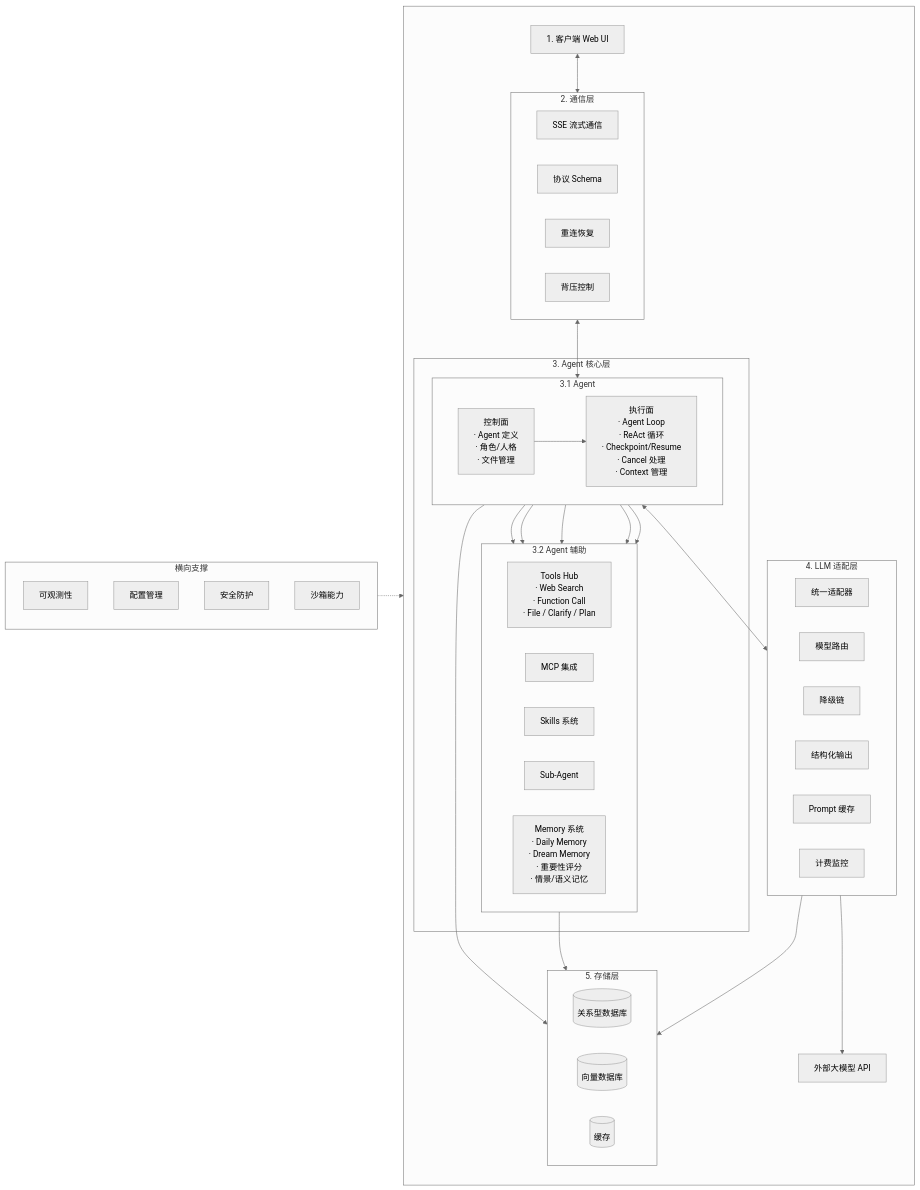
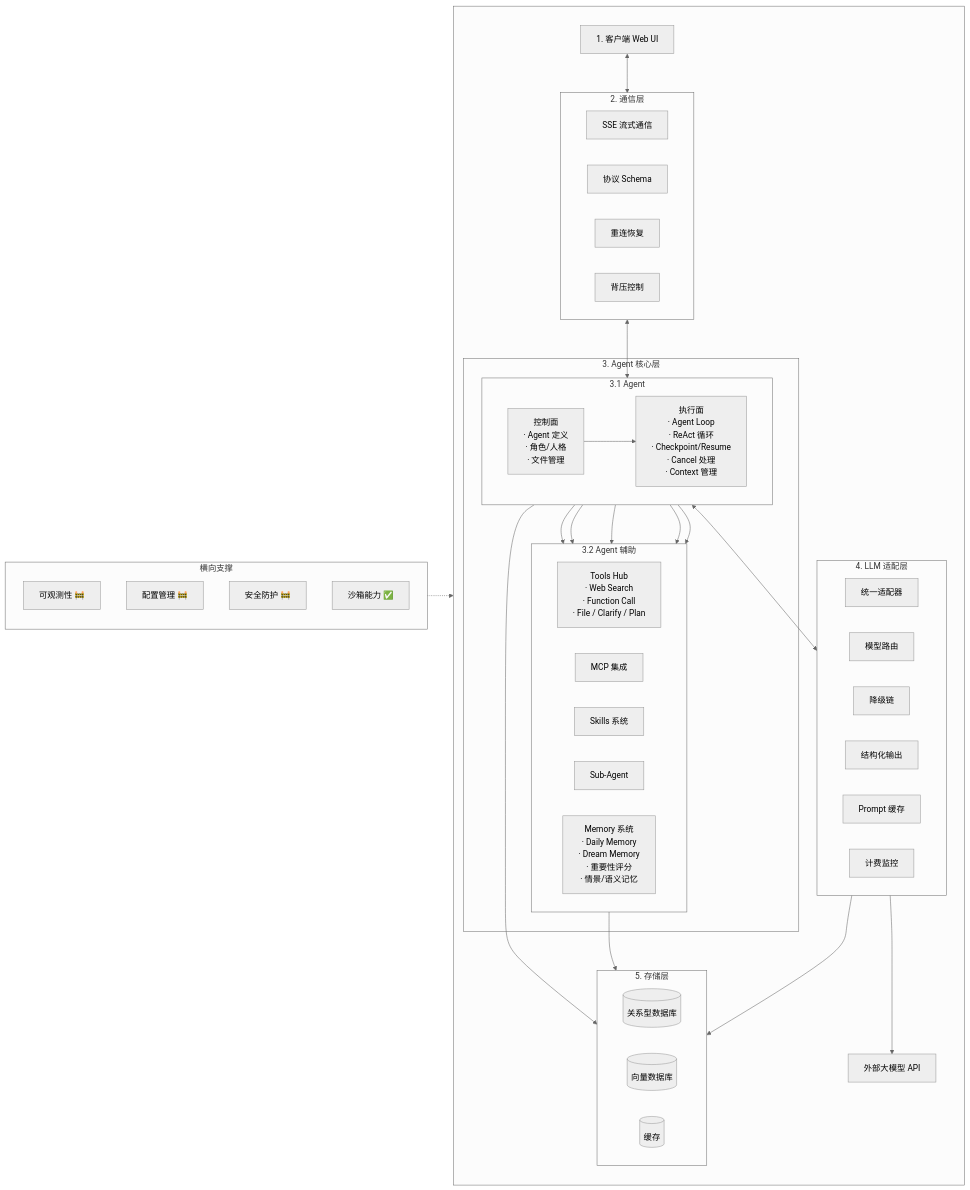
The first of 2 diagrams in design/0_outline.md (solarest/yanyun-agent), drawn with Mermaid (neutral theme) before and after one commit. The commit also changed other lines of this file and 23 other files, not shown here.

````diff
--- a/design/0_outline.md
+++ b/design/0_outline.md
@@ -5,78 +9,78 @@
 ```mermaid
 graph LR
     subgraph Cross["横向支撑"]
         direction TB
-        Obs["可观测性"]
-        Cfg["配置管理"]
-        Sec["安全防护"]
-        Sand["沙箱能力"]
+        Obs["可观测性 🚧"]
+        Cfg["配置管理 🚧"]
+        Sec["安全防护 🚧"]
+        Sand["沙箱能力 ✅"]
     end
 
     subgraph Main[" "]
         direction TB
         Client["1. 客户端 Web UI"]
 
         Client <--> SSE
 
         subgraph Comm["2. 通信层"]
             direction LR
             SSE["SSE 流式通信"]
             Schema["协议 Schema"]
             Reconnect["重连恢复"]
             Backpressure["背压控制"]
         end
 
         SSE <--> ExecPlane
 
         subgraph AgentLayer["3. Agent 核心层"]
             subgraph AgentSelf["3.1 Agent"]
                 direction LR
                 CtrlPlane["控制面\n· Agent 定义\n· 角色/人格\n· 文件管理"]
                 ExecPlane["执行面\n· Agent Loop\n· ReAct 循环\n· Checkpoint/Resume\n· Cancel 处理\n· Context 管理"]
             end
 
             subgraph AgentAux["3.2 Agent 辅助"]
                 direction LR
                 ToolsHub["Tools Hub\n· Web Search\n· Function Call\n· File / Clarify / Plan"]
                 MCP["MCP 集成"]
                 Skills["Skills 系统"]
                 SubAgent["Sub-Agent"]
                 Memory["Memory 系统\n· Daily Memory\n· Dream Memory\n· 重要性评分\n· 情景/语义记忆"]
             end
 
             CtrlPlane --> ExecPlane
             ExecPlane --> ToolsHub
             ExecPlane --> MCP
             ExecPlane --> Skills
             ExecPlane --> SubAgent
             ExecPlane --> Memory
         end
 
         ExecPlane <--> Adaptor
 
         subgraph LLMLayer["4. LLM 适配层"]
             direction LR
             Adaptor["统一适配器"]
             Router["模型路由"]
             Fallback["降级链"]
             StructOut["结构化输出"]
             PCache["Prompt 缓存"]
             Billing["计费监控"]
         end
 
         Adaptor --> ExtLLM["外部大模型 API"]
 
         subgraph StorageLayer["5. 存储层"]
             direction LR
             RDB[("关系型数据库")]
             VDB[("向量数据库")]
             CacheDB[("缓存")]
         end
 
         Memory --> VDB
         ExecPlane --> RDB
         Adaptor --> CacheDB
     end
 
     Cross -.-> Main
 ```
````
